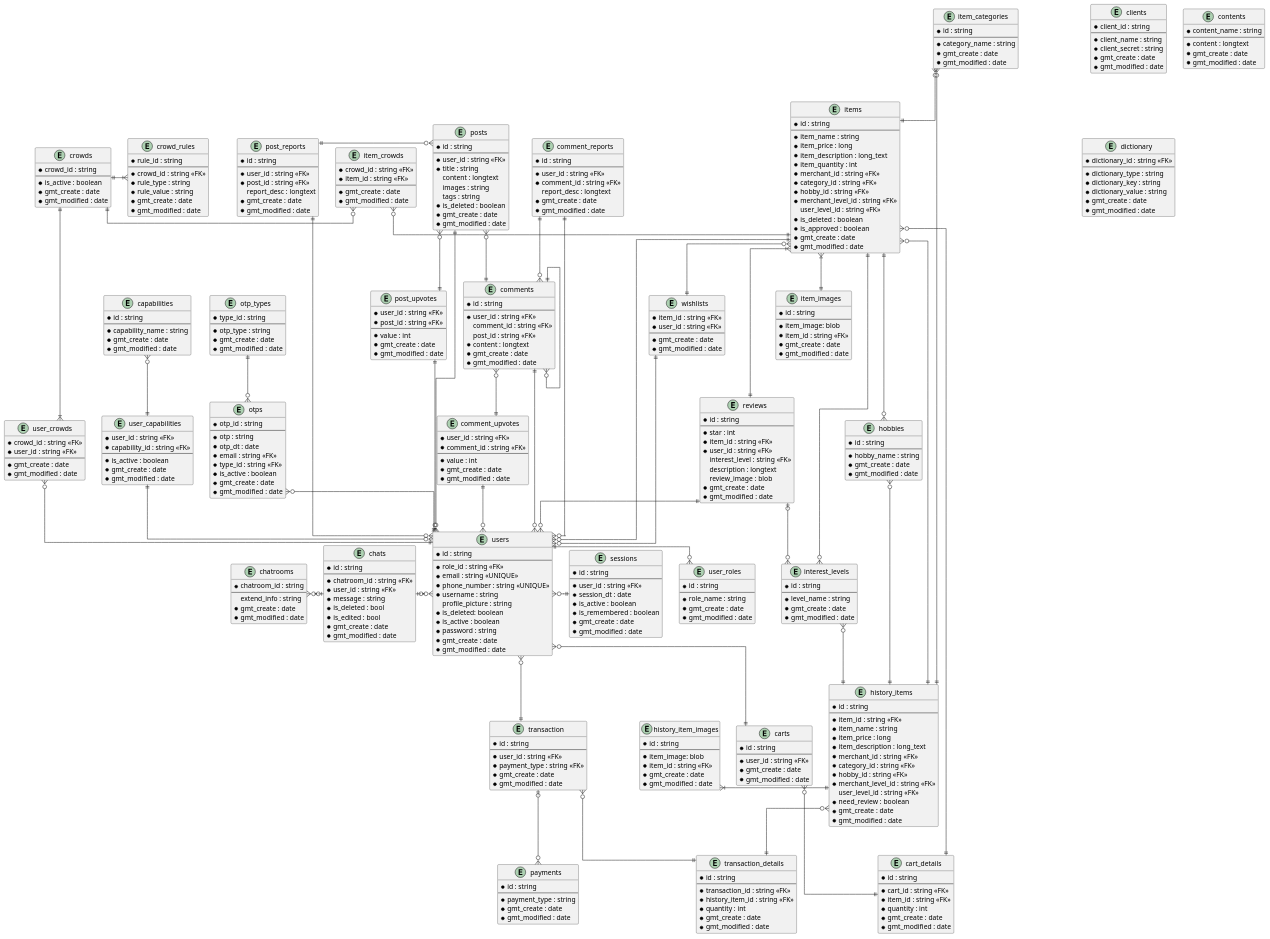
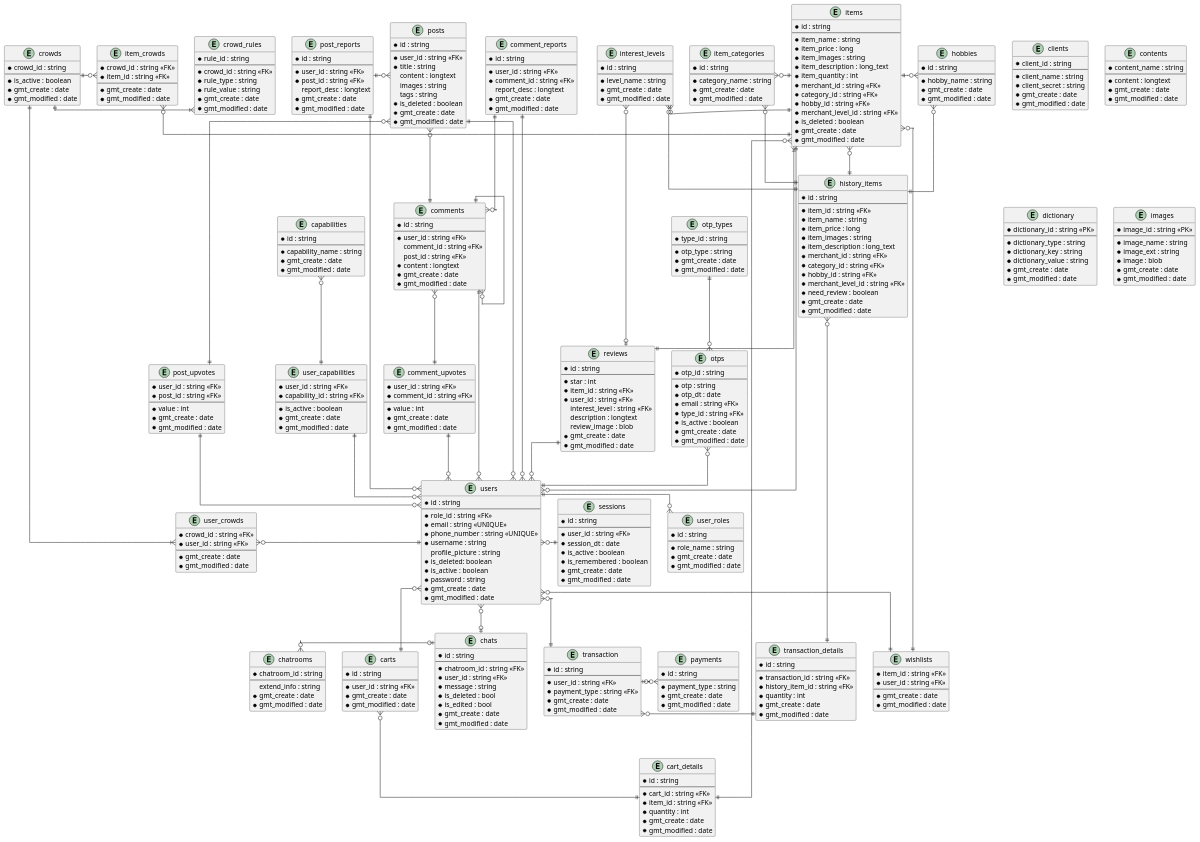
The diagram in uml/ERD.pu (aldihsuhandi/skripsi-2023), drawn with PlantUML before and after one commit.

Commit message:
add images table into erd

```diff
--- a/uml/ERD.pu
+++ b/uml/ERD.pu
@@ -2,6 +2,7 @@
 skinparam linetype ortho
 
 ' left to right direction
+' top to bottom direction
 
 ' entity
 
@@ -104,28 +105,17 @@
     --
     * item_name : string
     * item_price : long
+    * item_images : string
     * item_description : long_text
     * item_quantity : int
     * merchant_id : string <<FK>>
     * category_id : string <<FK>>
     * hobby_id : string <<FK>>
     * merchant_level_id : string <<FK>>
-      user_level_id : string <<FK>>
     * is_deleted : boolean
-    * is_approved : boolean
     * gmt_create : date
     * gmt_modified : date
 }
-
-entity item_images {
-    * id : string
-    --
-    * item_image: blob
-    * item_id : string <<FK>>
-    * gmt_create : date
-    * gmt_modified : date
-}
-
 entity reviews {
     * id : string
     --
@@ -145,22 +135,13 @@
     * item_id : string <<FK>>
     * item_name : string
     * item_price : long
+    * item_images : string
     * item_description : long_text
     * merchant_id : string <<FK>>
     * category_id : string <<FK>>
     * hobby_id : string <<FK>>
     * merchant_level_id : string <<FK>>
-      user_level_id : string <<FK>>
     * need_review : boolean
-    * gmt_create : date
-    * gmt_modified : date
-}
-
-entity history_item_images {
-    * id : string
-    --
-    * item_image: blob
-    * item_id : string <<FK>>
     * gmt_create : date
     * gmt_modified : date
 }
@@ -376,7 +357,7 @@
 }
 
 entity dictionary {
-    * dictionary_id : string <<FK>>
+    * dictionary_id : string <<PK>>
     --
     * dictionary_type : string
     * dictionary_key : string
@@ -385,26 +366,35 @@
     * gmt_modified : date
 }
 
+entity images {
+    * image_id : string <<PK>>
+    --
+    * image_name : string
+    * image_ext : string
+    * image : blob
+    * gmt_create : date
+    * gmt_modified : date
+}
+
 ' relation
 ' for transaction purposes
-interest_levels }o--|| items
-item_categories }o--|| items
+interest_levels }o-|| items
+item_categories }o-|| items
 items ||-o{ hobbies
 
 ' user_roles }o--|| users
 users ||-o{ user_roles
 
-transaction |o--o{ payments
+transaction |o-o{ payments
 users }o--|| transaction
 transaction }o-|| transaction_details
-history_items }o--|| transaction_details
+history_items }o-|| transaction_details
 
 ' carts
 users }o--|| carts
 carts }o--|| cart_details
 cart_details ||--o{ items
 
-items }|--|| item_images
 items }|---|| reviews
 reviews |o--o{ interest_levels
 items ||--o{ users
@@ -420,8 +410,6 @@
 hobbies }o--|| history_items
 item_categories }o--|| history_items
 interest_levels }o--|| history_items
-history_item_images }|-|| history_items
-' history_items ||-|{ history_item_images
 
 ' for discussion purposes
 comments }o--|| comment_upvotes
@@ -434,9 +422,10 @@
 comments ||-o{ comments
 
 ' direct communication purposes
-' users }o--o| chats
-chats |o-o{ users
+users }o--o| chats
+' chats |o--o{ users
 chatrooms }o-o| chats
+' chats |o-o{ chatrooms
 
 
 ' user capability
@@ -453,10 +442,10 @@
 ' user_activities ||--o{ activities
 
 ' wishlist
-' users }o-|| wishlists
-items }o-|| wishlists
-wishlists ||-o{ users
-' wishlists ||-o{ items
+users }o--|| wishlists
+' items }o-|| wishlists
+' wishlists ||-o{ users
+wishlists ||-o{ items
 
 ' report
 ' posts }o--|| post_reports
```
